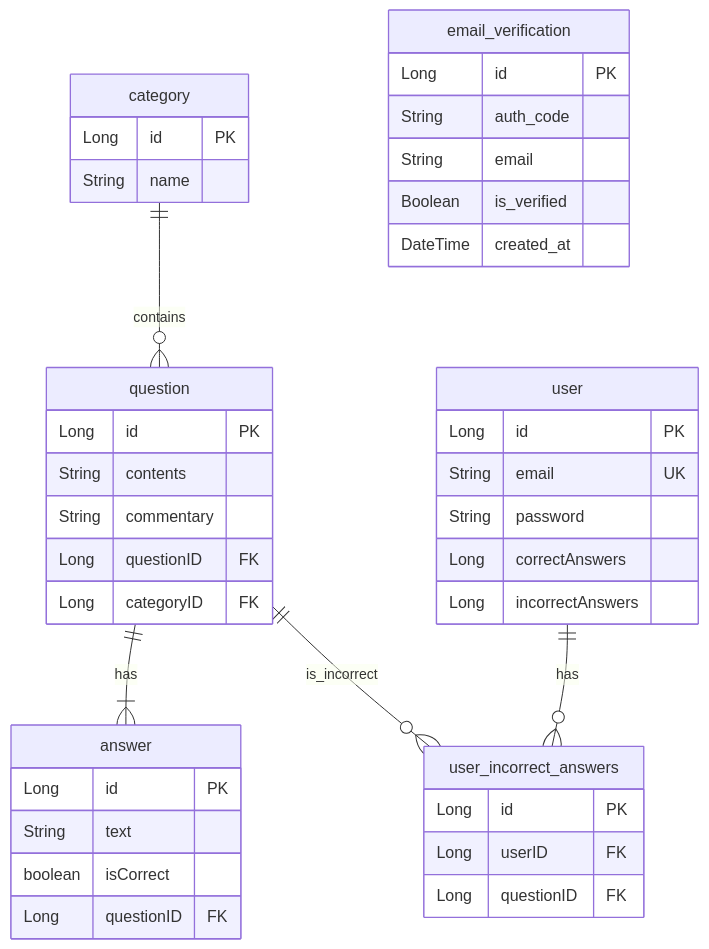
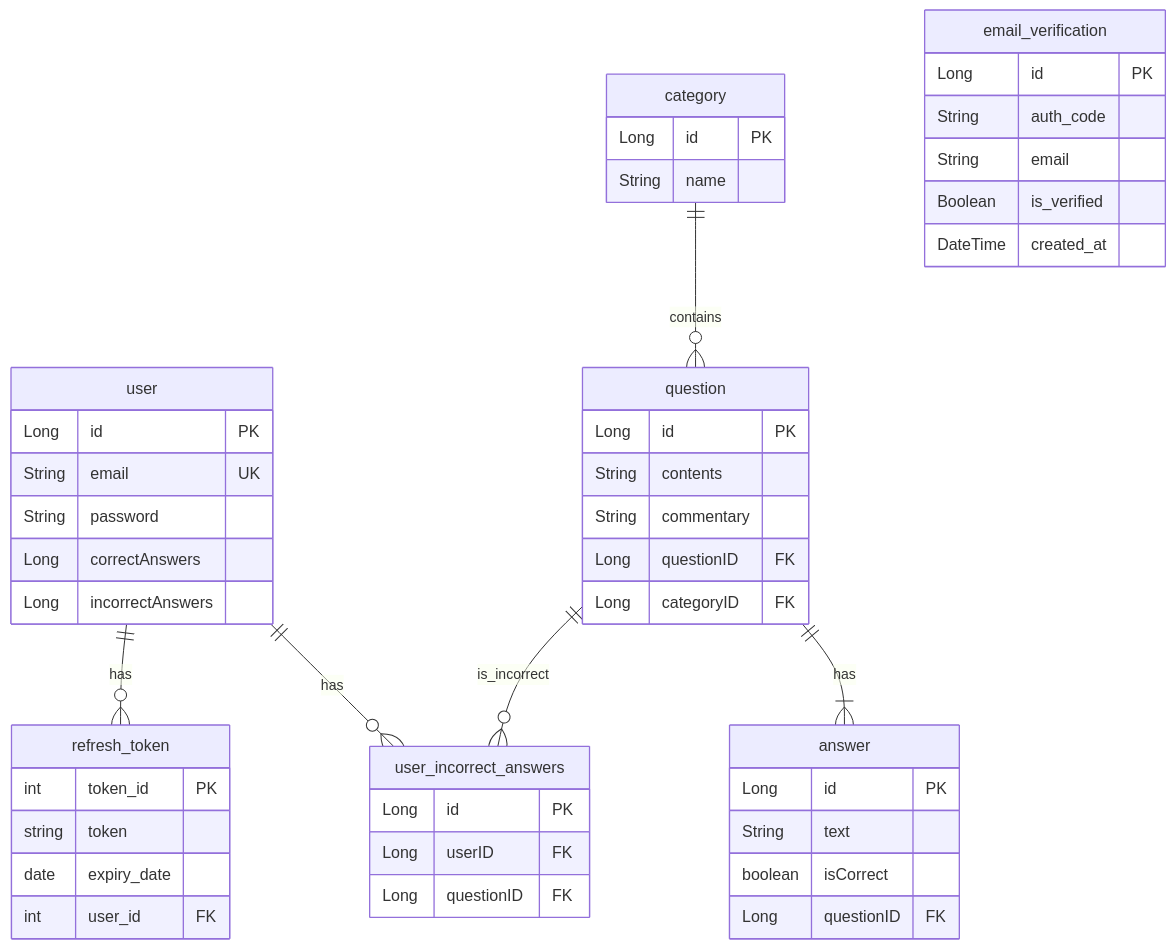
The diagram in README.md (Q-int/Qint_Backend), drawn with Mermaid before and after one commit.

Commit message:
docs: 리프레쉬 토큰 추가

````diff
--- a/README.md
+++ b/README.md
@@ -3,49 +3,57 @@
 ```mermaid
 erDiagram
     user {
         Long id PK
         String email UK
         String password
         Long correctAnswers
         Long incorrectAnswers
     }
 
     category {
         Long id PK
         String name
     }
 
     question {
         Long id PK
         String contents
         String commentary
         Long questionID FK
         Long categoryID FK
     }
     
     answer {
         Long id PK
         String text
         boolean isCorrect
         Long questionID FK
     }
 
     user_incorrect_answers {
         Long id PK
         Long userID FK
         Long questionID FK
     }
 
     email_verification {
         Long id PK
         String auth_code
         String email
         Boolean is_verified
         DateTime created_at
     }
 
+    refresh_token {
+        int token_id PK
+        string token
+        date expiry_date
+        int user_id FK
+    }
+
     user ||--o{ user_incorrect_answers : has
+    user ||--o{ refresh_token : has
     category ||--o{ question : contains
     question ||--|{ answer : has
     question ||--o{ user_incorrect_answers : is_incorrect
 ```
````
